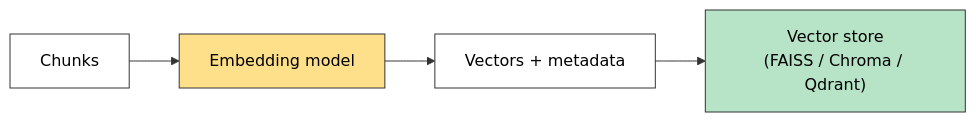
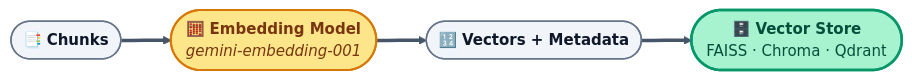
Before and after one commit to Og-Brutal/langchain-rag-pipeline: the fifth of 6 diagrams in README.md, drawn with Mermaid. The commit also changed other lines of this file, not shown here.

First line of the commit message:
docs: redesign README with polished visuals and refined diagrams

````diff
--- a/README.md
+++ b/README.md
@@ -261,11 +300,14 @@
 ```mermaid
+%%{init: {'theme':'base','themeVariables':{'primaryColor':'#34D399','primaryTextColor':'#064E3B','primaryBorderColor':'#059669','lineColor':'#475569','fontSize':'15px','fontFamily':'Inter, Segoe UI, sans-serif'}}}%%
 flowchart LR
-    C["Chunks"] --> E["Embedding model"]
-    E --> V["Vectors + metadata"]
-    V --> S["Vector store<br/>(FAISS / Chroma / Qdrant)"]
+    C(["📑 <b>Chunks</b>"]) ==> E(["🧮 <b>Embedding Model</b><br/><i>gemini-embedding-001</i>"])
+    E ==> V(["🔢 <b>Vectors + Metadata</b>"])
+    V ==> S(["🗄️ <b>Vector Store</b><br/>FAISS · Chroma · Qdrant"])
 
-    style C fill:#ffffff,stroke:#333,color:#000
-    style E fill:#ffe08a,stroke:#333,color:#000
-    style V fill:#ffffff,stroke:#333,color:#000
-    style S fill:#b7e4c7,stroke:#333,color:#000
+    classDef data fill:#F1F5F9,stroke:#64748B,stroke-width:1.5px,color:#0F172A
+    classDef engine fill:#FDE68A,stroke:#D97706,stroke-width:2px,color:#78350F
+    classDef store fill:#A7F3D0,stroke:#059669,stroke-width:2.5px,color:#064E3B
+    class C,V data
+    class E engine
+    class S store
 ```
````
